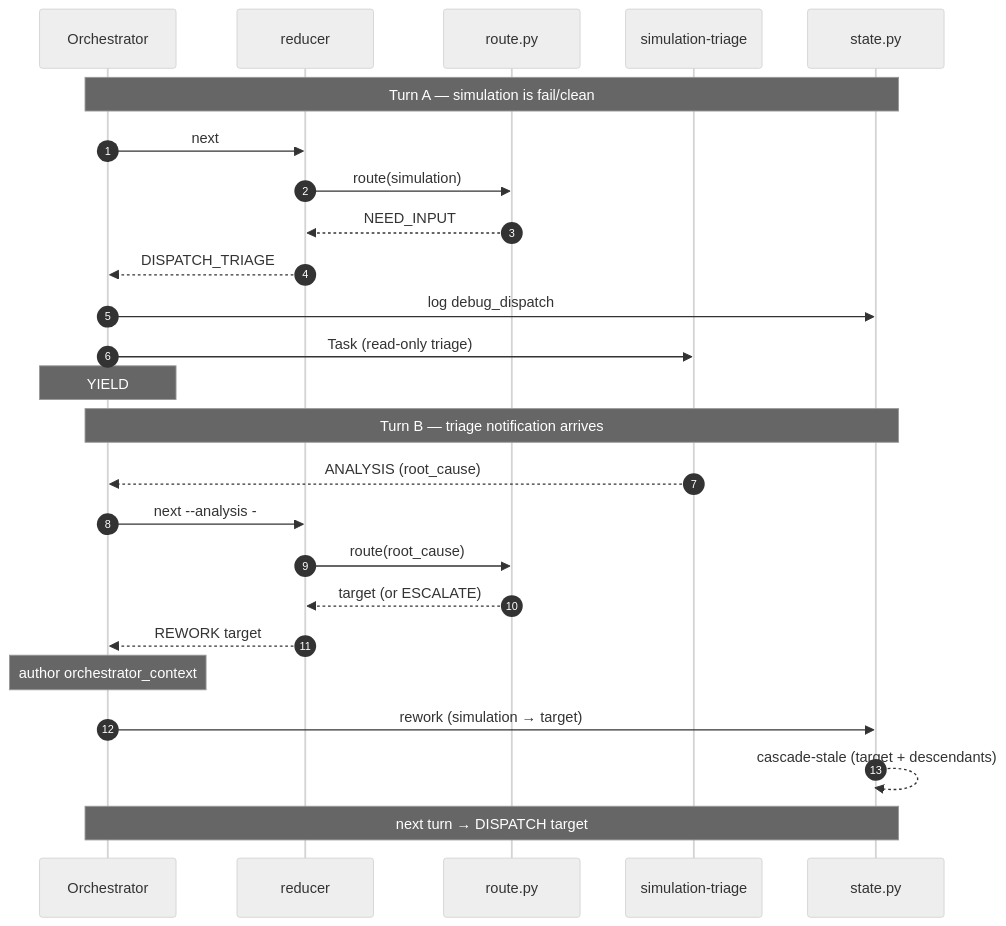
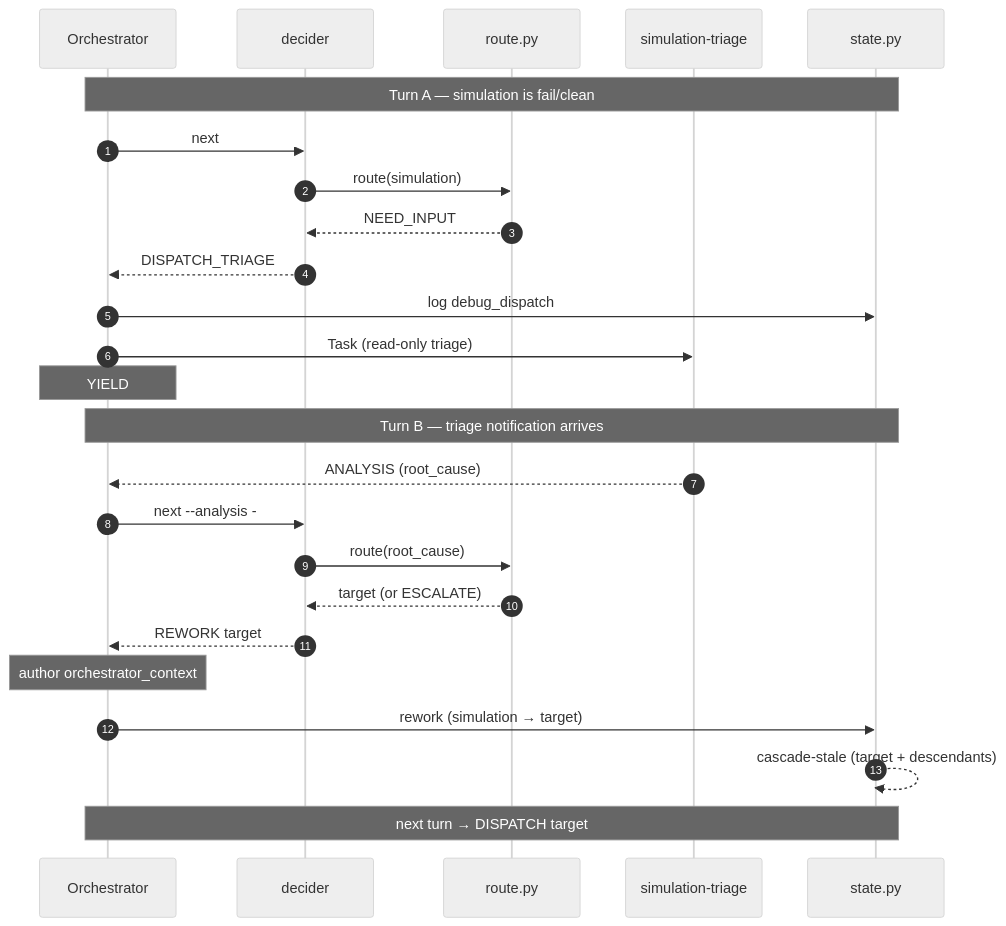
One commit to chipweaver/veripower changed the third of 3 diagrams in ARCHITECTURE.md. Above: the diagram before and after it, drawn with Mermaid (neutral theme). The commit also changed other lines of this file and 11 other files, not shown here.

````diff
--- a/ARCHITECTURE.md
+++ b/ARCHITECTURE.md
@@ -409,27 +409,27 @@
 ```mermaid
 sequenceDiagram
     autonumber
     participant O as Orchestrator
-    participant R as reducer
+    participant R as decider
     participant RT as route.py
     participant T as simulation-triage
     participant S as state.py
     Note over O,S: Turn A — simulation is fail/clean
     O->>R: next
     R->>RT: route(simulation)
     RT-->>R: NEED_INPUT
     R-->>O: DISPATCH_TRIAGE
     O->>S: log debug_dispatch
     O->>T: Task (read-only triage)
     Note over O: YIELD
     Note over O,S: Turn B — triage notification arrives
     T-->>O: ANALYSIS (root_cause)
     O->>R: next --analysis -
     R->>RT: route(root_cause)
     RT-->>R: target (or ESCALATE)
     R-->>O: REWORK target
     Note over O: author orchestrator_context
     O->>S: rework (simulation → target)
     S-->>S: cascade-stale (target + descendants)
     Note over O,S: next turn → DISPATCH target
 ```
````
